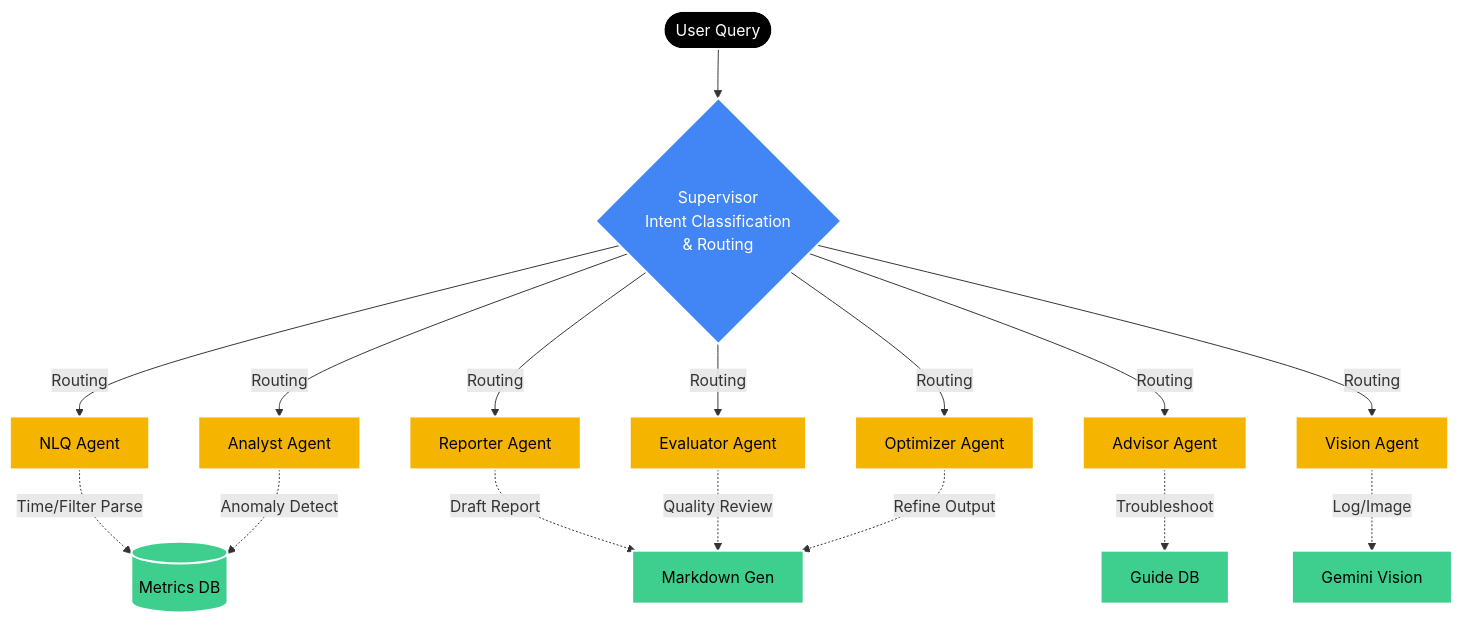
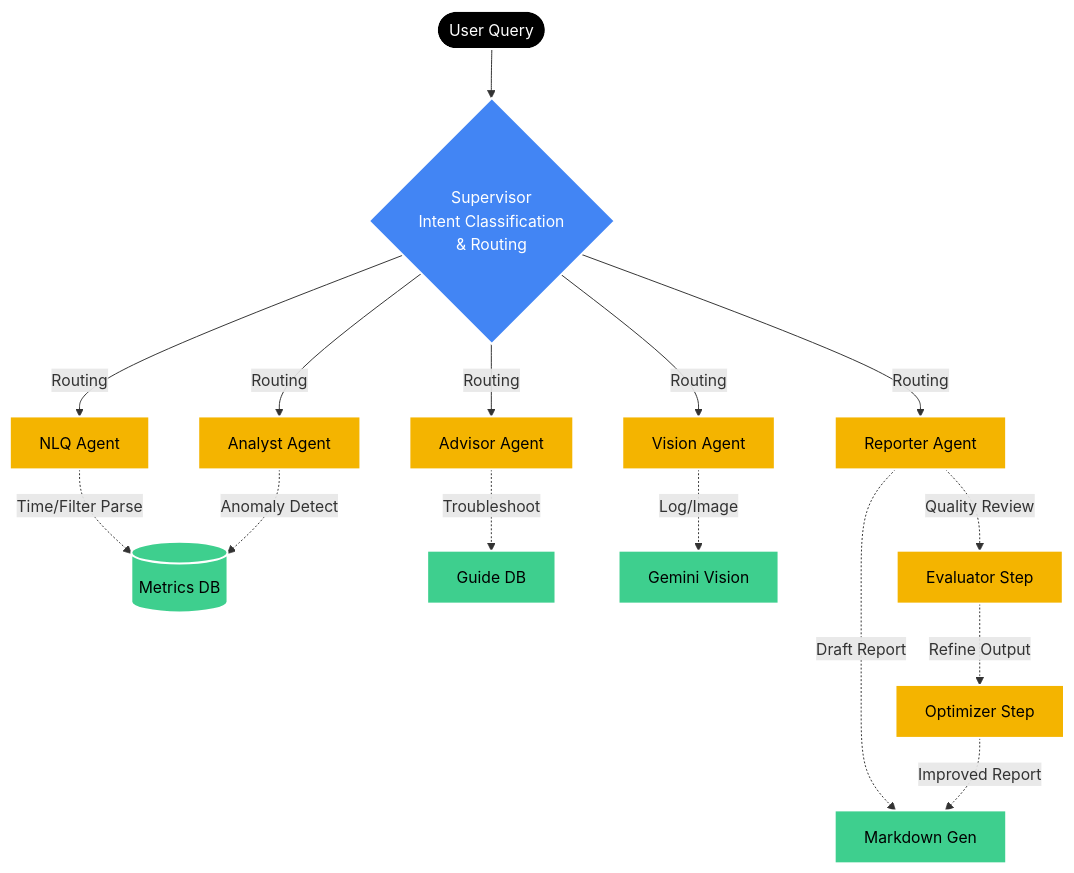
The first of 2 diagrams in README.md (skyasu2/openmanager-ai), drawn with Mermaid before and after one commit. The commit also changed other lines of this file and 1 other file, not shown here.

Commit message:
docs: align agent topology docs with SSOT

````diff
--- a/README.md
+++ b/README.md
@@ -65,29 +65,28 @@
 ```mermaid
 graph TD
     %% Theme
     classDef default fill:#f9f9f9,stroke:#333,stroke-width:1px,color:#000
     classDef input fill:#000,stroke:#fff,stroke-width:2px,color:#fff
     classDef supervisor fill:#4285F4,stroke:#fff,stroke-width:2px,color:#fff
     classDef agent fill:#F4B400,stroke:#fff,stroke-width:2px,color:#000
     classDef tools fill:#3ECF8E,stroke:#fff,stroke-width:2px,color:#000
     
     Q([User Query]):::input --> S
     
     S{Supervisor<br/>Intent Classification<br/>& Routing}:::supervisor
     
     S -->|Routing| A[NLQ Agent]:::agent
     S -->|Routing| B[Analyst Agent]:::agent
     S -->|Routing| C[Reporter Agent]:::agent
     S -->|Routing| D[Advisor Agent]:::agent
     S -->|Routing| E[Vision Agent]:::agent
-    S -->|Routing| F[Evaluator Agent]:::agent
-    S -->|Routing| G[Optimizer Agent]:::agent
 
     A -.->|Time/Filter Parse| DB[(Metrics DB)]:::tools
     B -.->|Anomaly Detect| DB
     C -.->|Draft Report| MD[Markdown Gen]:::tools
     D -.->|Troubleshoot| Docs[Guide DB]:::tools
     E -.->|Log/Image| Model[Gemini Vision]:::tools
-    F -.->|Quality Review| MD
-    G -.->|Refine Output| MD
+    C -.->|Quality Review| F[Evaluator Step]:::agent
+    F -.->|Refine Output| G[Optimizer Step]:::agent
+    G -.->|Improved Report| MD
 ```
````
